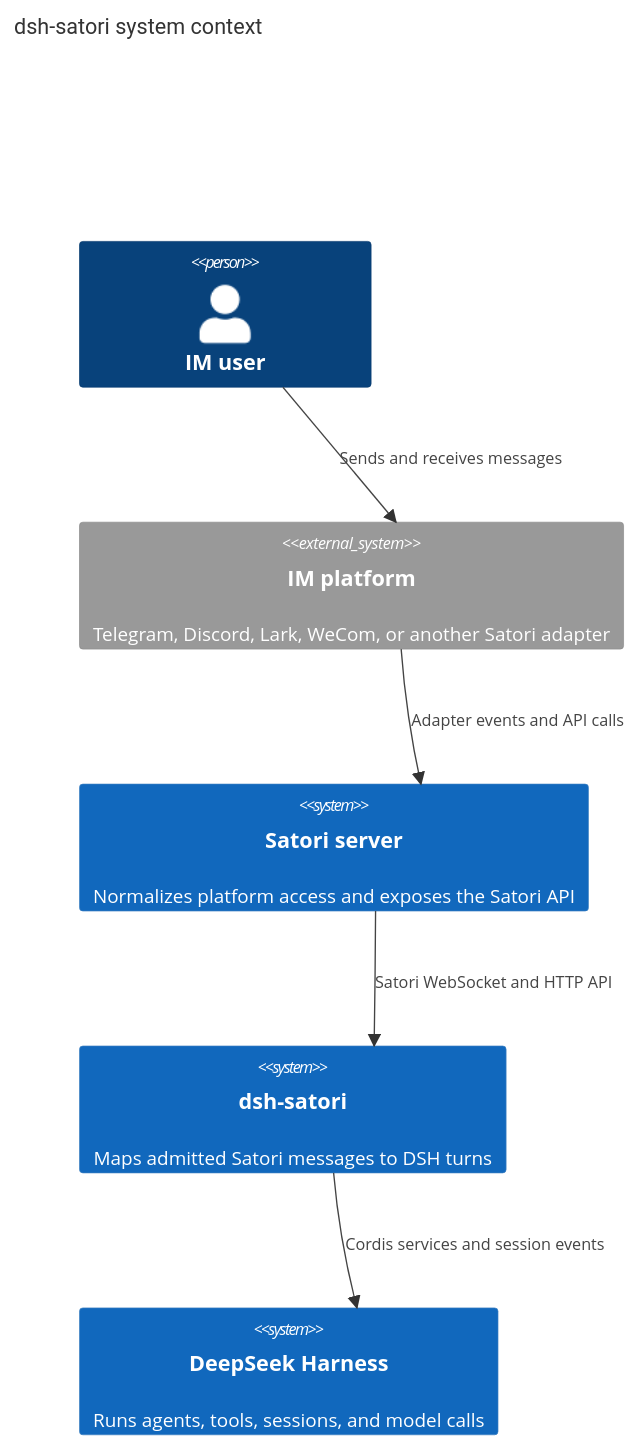
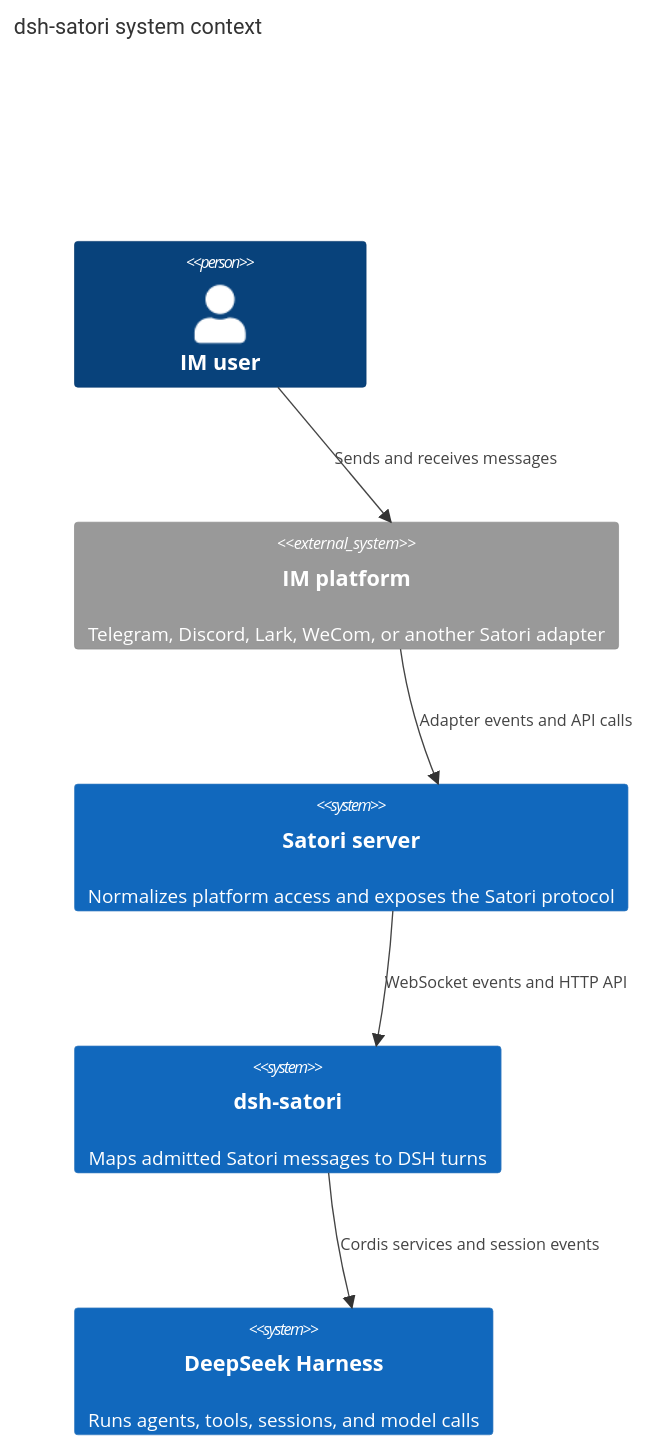
One commit to Ri0n72Y/dsh-satori changed the first of 2 diagrams in docs/architecture.md. Above: the diagram before and after it, drawn with Mermaid. The commit also changed other lines of this file and 20 other files, not shown here.

````diff
--- a/docs/architecture.md
+++ b/docs/architecture.md
@@ -5,15 +5,15 @@
 ```mermaid
 C4Context
     title dsh-satori system context
 
     Person(user, "IM user")
     System_Ext(platform, "IM platform", "Telegram, Discord, Lark, WeCom, or another Satori adapter")
-    System(satori, "Satori server", "Normalizes platform access and exposes the Satori API")
+    System(satori, "Satori server", "Normalizes platform access and exposes the Satori protocol")
     System(dshSatori, "dsh-satori", "Maps admitted Satori messages to DSH turns")
     System(dsh, "DeepSeek Harness", "Runs agents, tools, sessions, and model calls")
 
     Rel(user, platform, "Sends and receives messages")
     Rel(platform, satori, "Adapter events and API calls")
-    Rel(satori, dshSatori, "Satori WebSocket and HTTP API")
+    Rel(satori, dshSatori, "WebSocket events and HTTP API")
     Rel(dshSatori, dsh, "Cordis services and session events")
 ```
````
